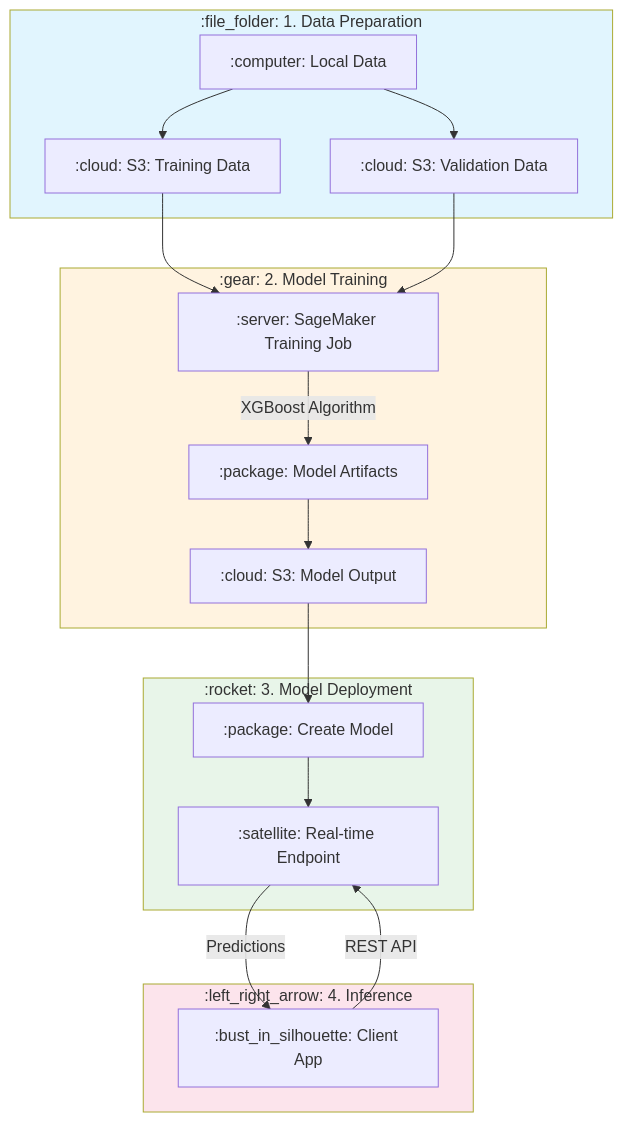
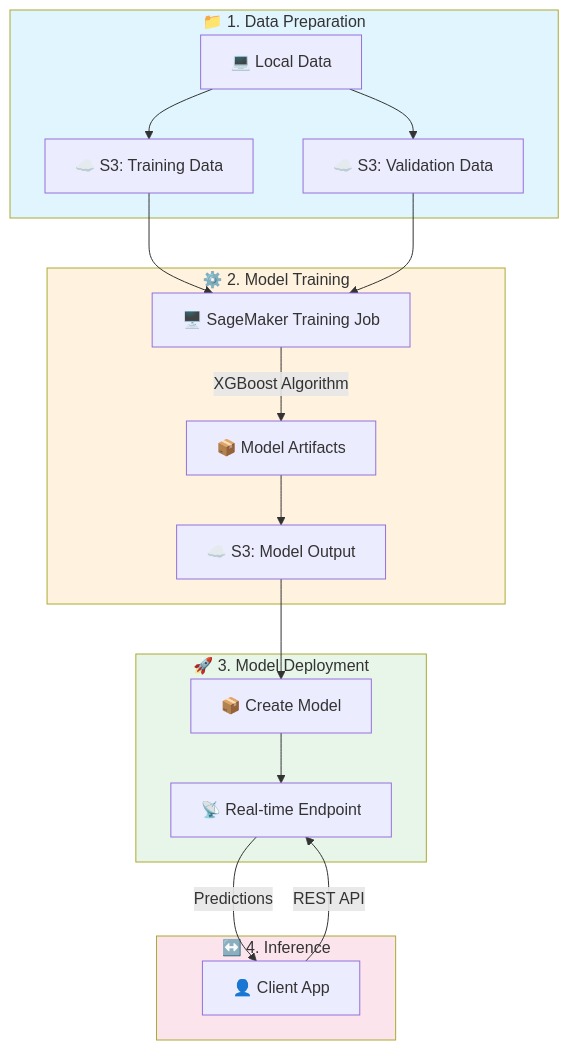
Before and after one commit to vinu76jsr/aws-sample-projects: the first of 2 diagrams in aws-ml-associate-prep/01-sagemaker-basics/LAB.md, drawn with Mermaid. The commit also changed other lines of this file and 15 other files, not shown here.

First line of the commit message:
docs(ml-labs): Replace emoji shortcodes with Unicode emojis in Mermaid diagrams

````diff
--- a/aws-ml-associate-prep/01-sagemaker-basics/LAB.md
+++ b/aws-ml-associate-prep/01-sagemaker-basics/LAB.md
@@ -14,29 +14,29 @@
 ```mermaid
 flowchart TB
-    subgraph Preparation[":file_folder: 1. Data Preparation"]
-        Local[":computer: Local Data"] --> S3Train[":cloud: S3: Training Data"]
-        Local --> S3Val[":cloud: S3: Validation Data"]
+    subgraph Preparation["📁 1. Data Preparation"]
+        Local["💻 Local Data"] --> S3Train["☁️ S3: Training Data"]
+        Local --> S3Val["☁️ S3: Validation Data"]
     end
 
-    subgraph Training[":gear: 2. Model Training"]
-        S3Train --> TrainJob[":server: SageMaker Training Job"]
+    subgraph Training["⚙️ 2. Model Training"]
+        S3Train --> TrainJob["🖥️ SageMaker Training Job"]
         S3Val --> TrainJob
-        TrainJob --> |XGBoost Algorithm| Model[":package: Model Artifacts"]
-        Model --> S3Model[":cloud: S3: Model Output"]
+        TrainJob --> |XGBoost Algorithm| Model["📦 Model Artifacts"]
+        Model --> S3Model["☁️ S3: Model Output"]
     end
 
-    subgraph Deployment[":rocket: 3. Model Deployment"]
-        S3Model --> CreateModel[":package: Create Model"]
-        CreateModel --> Endpoint[":satellite: Real-time Endpoint"]
+    subgraph Deployment["🚀 3. Model Deployment"]
+        S3Model --> CreateModel["📦 Create Model"]
+        CreateModel --> Endpoint["📡 Real-time Endpoint"]
     end
 
-    subgraph Inference[":left_right_arrow: 4. Inference"]
-        Client[":bust_in_silhouette: Client App"] --> |REST API| Endpoint
+    subgraph Inference["↔️ 4. Inference"]
+        Client["👤 Client App"] --> |REST API| Endpoint
         Endpoint --> |Predictions| Client
     end
 
     style Preparation fill:#e1f5fe
     style Training fill:#fff3e0
     style Deployment fill:#e8f5e9
     style Inference fill:#fce4ec
 ```
````
